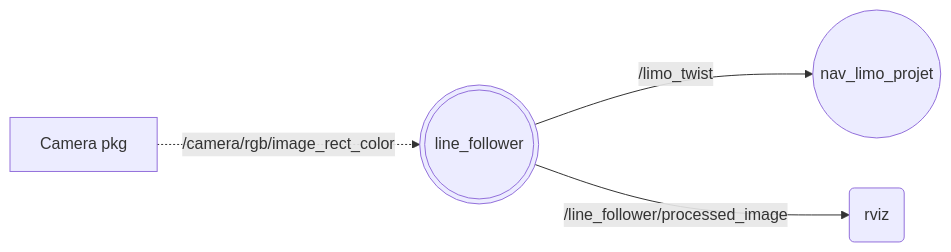
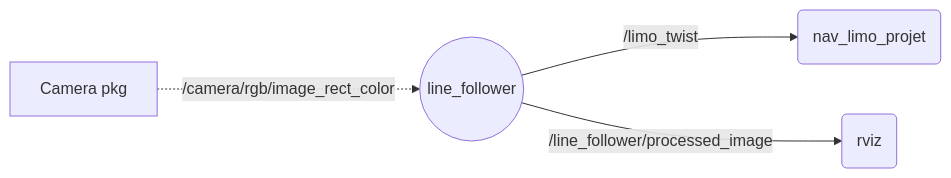
The second of 5 diagrams in README.md (idwessough/autonomous-driving), drawn with Mermaid before and after one commit. The commit also changed other lines of this file, not shown here.

````diff
--- a/README.md
+++ b/README.md
@@ -94,7 +94,7 @@
 ```mermaid
 graph LR
-    S1[Camera pkg] -. /camera/rgb/image_rect_color .-> Node(((line_follower)))
+    S1[Camera pkg] -. /camera/rgb/image_rect_color .-> Node((line_follower))
 
-    Node -- /limo_twist -->D((nav_limo_projet))
+    Node -- /limo_twist -->D(nav_limo_projet)
     Node -- /line_follower/processed_image -->R(rviz)
 ```
````
